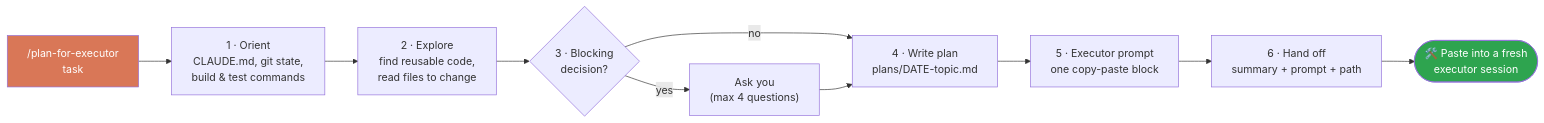
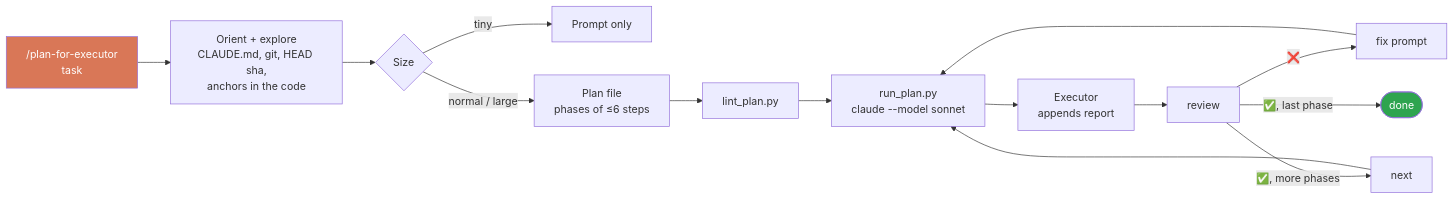
Before and after one commit to Ivanzu37/plan-for-executor: the diagram in README.md, drawn with Mermaid. The commit also changed other lines of this file and 21 other files, not shown here.

First line of the commit message:
v0.2.0: review and next modes, stop rules, profiles, lint and run scripts, plugin packaging

````diff
--- a/README.md
+++ b/README.md
@@ -33,15 +38,17 @@
 ```mermaid
 flowchart LR
-    A["/plan-for-executor<br/>task"] --> B["1 · Orient<br/>CLAUDE.md, git state,<br/>build &amp; test commands"]
-    B --> C["2 · Explore<br/>find reusable code,<br/>read files to change"]
-    C --> D{"3 · Blocking<br/>decision?"}
-    D -- yes --> E["Ask you<br/>(max 4 questions)"]
-    D -- no --> F["4 · Write plan<br/>plans/DATE-topic.md"]
-    E --> F
-    F --> G["5 · Executor prompt<br/>one copy-paste block"]
-    G --> H["6 · Hand off<br/>summary + prompt + path"]
-    H --> I(["🛠️ Paste into a fresh<br/>executor session"])
+    A["/plan-for-executor<br/>task"] --> B["Orient + explore<br/>CLAUDE.md, git, HEAD sha,<br/>anchors in the code"]
+    B --> C{"Size"}
+    C -- tiny --> P["Prompt only"]
+    C -- normal / large --> D["Plan file<br/>phases of ≤6 steps"]
+    D --> L["lint_plan.py"]
+    L --> R["run_plan.py<br/>claude --model sonnet"]
+    R --> X["Executor<br/>appends report"]
+    X --> V["review"]
+    V -- "❌" --> F["fix prompt"] --> R
+    V -- "✅, more phases" --> N["next"] --> R
+    V -- "✅, last phase" --> Z(["done"])
 
     style A fill:#D97757,color:#fff
-    style I fill:#2ea44f,color:#fff
+    style Z fill:#2ea44f,color:#fff
 ```
````
